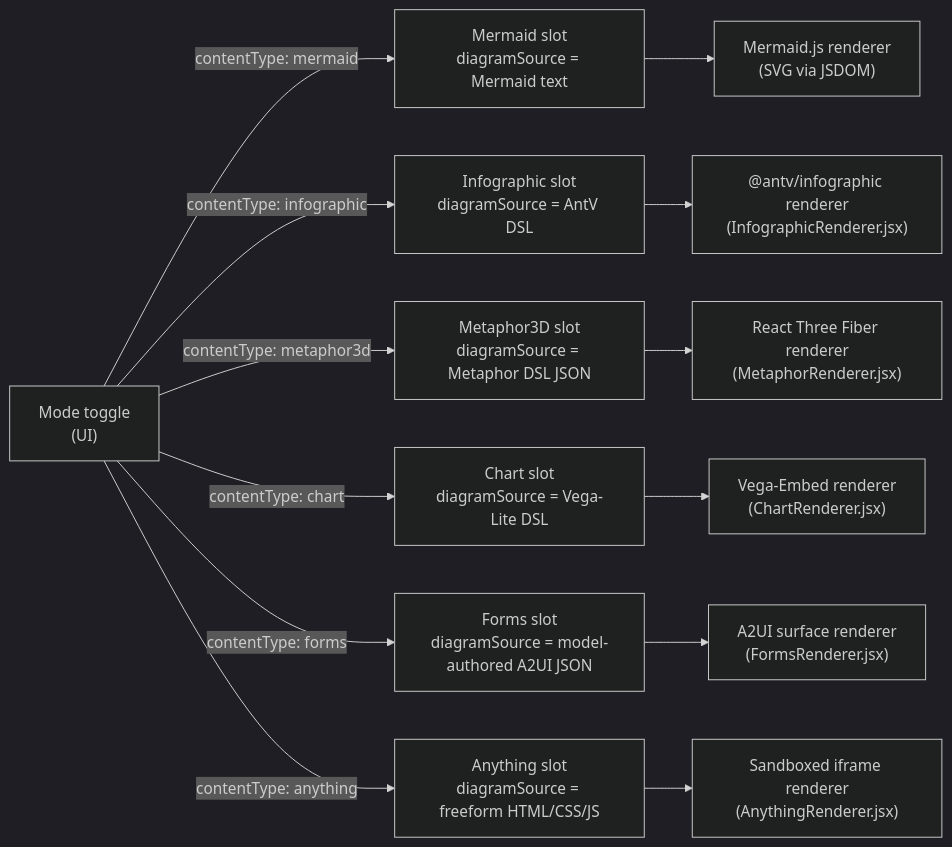
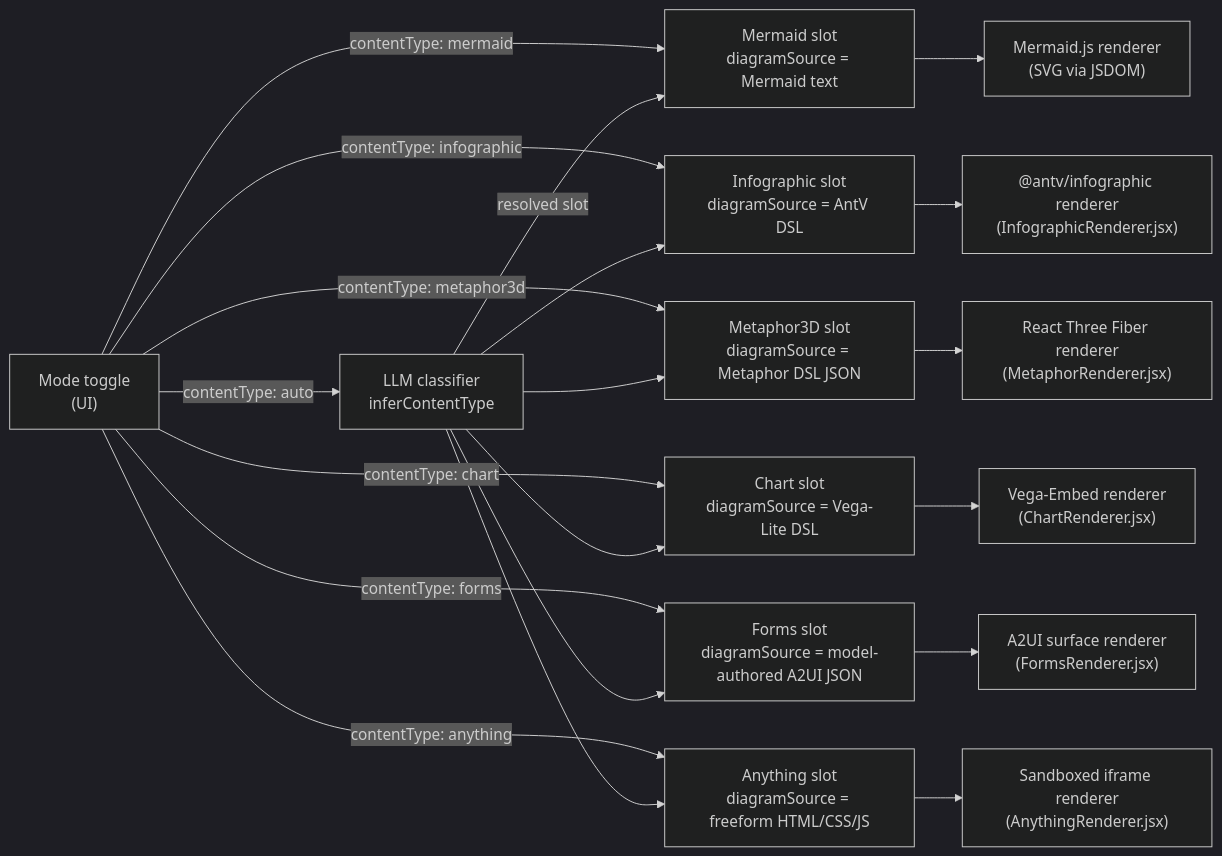
The diagram in docs/guide/content-types.md (acuhlmann/mermaid-gen), drawn with Mermaid (dark theme) before and after one commit. The commit also changed other lines of this file and 23 other files, not shown here.

First line of the commit message:
feat: add Auto mode that LLM-classifies the best content slot on Go

````diff
--- a/docs/guide/content-types.md
+++ b/docs/guide/content-types.md
@@ -3,15 +11,22 @@
 ```mermaid
 flowchart LR
   Toggle["Mode toggle\n(UI)"] -->|"contentType: mermaid"| MS["Mermaid slot\ndiagramSource = Mermaid text"]
   Toggle -->|"contentType: infographic"| IS["Infographic slot\ndiagramSource = AntV DSL"]
   Toggle -->|"contentType: metaphor3d"| ME["Metaphor3D slot\ndiagramSource = Metaphor DSL JSON"]
   Toggle -->|"contentType: chart"| CS["Chart slot\ndiagramSource = Vega-Lite DSL"]
   Toggle -->|"contentType: forms"| FS["Forms slot\ndiagramSource = model-authored A2UI JSON"]
   Toggle -->|"contentType: anything"| AS["Anything slot\ndiagramSource = freeform HTML/CSS/JS"]
+  Toggle -->|"contentType: auto"| Auto["LLM classifier\ninferContentType"]
+  Auto -->|"resolved slot"| MS
+  Auto --> IS
+  Auto --> ME
+  Auto --> CS
+  Auto --> FS
+  Auto --> AS
   MS --> MR["Mermaid.js renderer\n(SVG via JSDOM)"]
   IS --> IR["@antv/infographic renderer\n(InfographicRenderer.jsx)"]
   ME --> R3F["React Three Fiber renderer\n(MetaphorRenderer.jsx)"]
   CS --> VR["Vega-Embed renderer\n(ChartRenderer.jsx)"]
   FS --> FR["A2UI surface renderer\n(FormsRenderer.jsx)"]
   AS --> AR["Sandboxed iframe renderer\n(AnythingRenderer.jsx)"]
 ```
````
